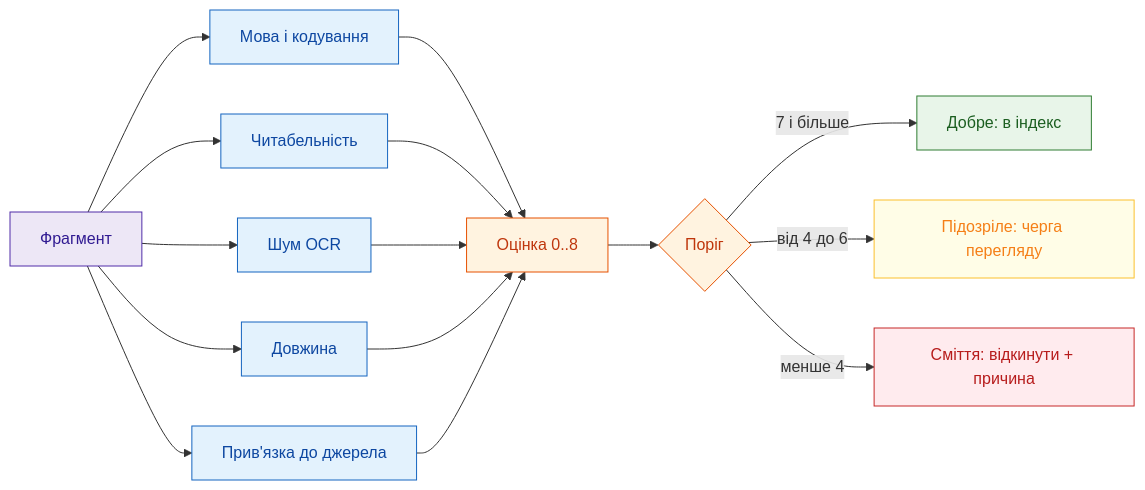
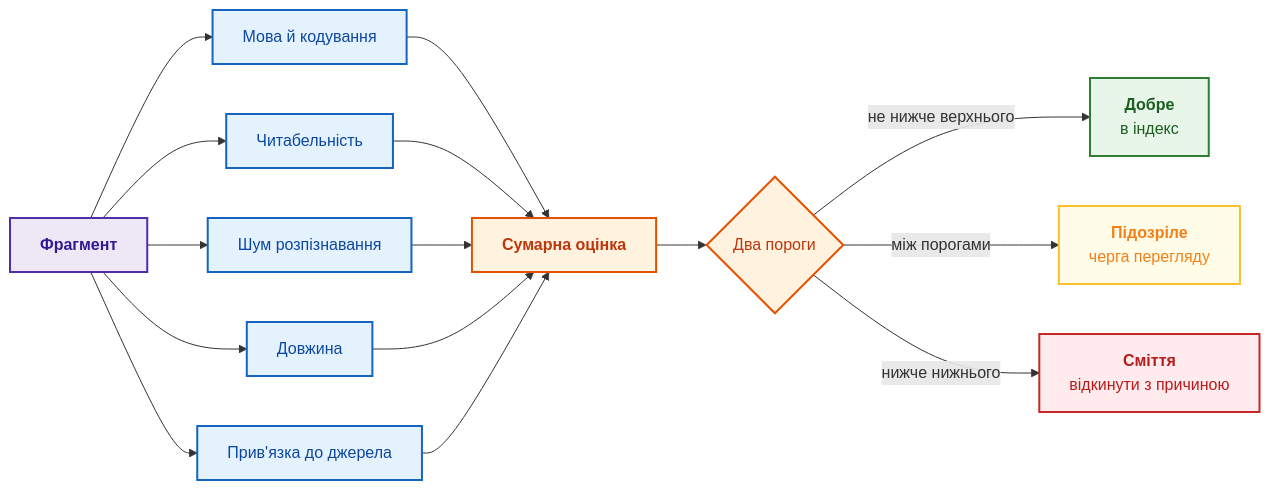
One commit to nick-fedchik/articles changed the sixth of 9 diagrams in ExpertSystem/ch08-engineering-artifacts-as-data.md. Above: the diagram before and after it, drawn with Mermaid. The commit also changed other lines of this file, not shown here.

````diff
--- a/ExpertSystem/ch08-engineering-artifacts-as-data.md
+++ b/ExpertSystem/ch08-engineering-artifacts-as-data.md
@@ -390,34 +382,34 @@
 ```mermaid
 graph LR
-    accTitle: Тріаж якості фрагментів перед індексацією
-    accDescr: Багатокритеріальна оцінка фрагмента за мовою, читабельністю, шумом, довжиною та джерелом із розподілом на 3 кошики.
+    accTitle: Первинне сортування фрагментів перед індексацією
+    accDescr: Фрагмент оцінюють за мовою й кодуванням, читабельністю, шумом розпізнавання, довжиною й прив'язкою до джерела, а за сумарною оцінкою розподіляють у три кошики.
 
-    F["Фрагмент"] --> L["Мова і кодування"]
+    F["<b>Фрагмент</b>"] --> L["Мова й кодування"]
     F --> R["Читабельність"]
-    F --> N["Шум OCR"]
+    F --> N["Шум розпізнавання"]
     F --> Ln["Довжина"]
     F --> Sr["Прив'язка до джерела"]
-    L --> SC["Оцінка 0..8"]
+    L --> SC["<b>Сумарна оцінка</b>"]
     R --> SC
     N --> SC
     Ln --> SC
     Sr --> SC
-    SC --> G{"Поріг"}
-    G -->|"7 і більше"| Good["Добре: в індекс"]
-    G -->|"від 4 до 6"| Susp["Підозріле: черга перегляду"]
-    G -->|"менше 4"| Trash["Сміття: відкинути + причина"]
+    SC --> G{"Два пороги"}
+    G -->|"не нижче верхнього"| Good["<b>Добре</b><br/>в індекс"]
+    G -->|"між порогами"| Susp["<b>Підозріле</b><br/>черга перегляду"]
+    G -->|"нижче нижнього"| Trash["<b>Сміття</b><br/>відкинути з причиною"]
 
-    classDef frag fill:#ede7f6,stroke:#512da8,color:#311b92;
-    classDef signal fill:#e3f2fd,stroke:#1565c0,color:#0d47a1;
-    classDef score fill:#fff3e0,stroke:#e65100,color:#bf360c;
-    classDef good fill:#e8f5e9,stroke:#2e7d32,color:#1b5e20;
-    classDef susp fill:#fffde7,stroke:#fbc02d,color:#f57f17;
-    classDef trash fill:#ffebee,stroke:#c62828,color:#b71c1c;
+    classDef frag fill:#ede7f6,stroke:#512da8,stroke-width:2px,color:#311b92;
+    classDef signal fill:#e3f2fd,stroke:#1565c0,stroke-width:2px,color:#0d47a1;
+    classDef score fill:#fff3e0,stroke:#e65100,stroke-width:2px,color:#bf360c;
+    classDef good fill:#e8f5e9,stroke:#2e7d32,stroke-width:2px,color:#1b5e20;
+    classDef susp fill:#fffde7,stroke:#fbc02d,stroke-width:2px,color:#f57f17;
+    classDef trash fill:#ffebee,stroke:#c62828,stroke-width:2px,color:#b71c1c;
 
     class F frag;
     class L,R,N,Ln,Sr signal;
     class SC,G score;
     class Good good;
     class Susp susp;
     class Trash trash;
 ```
````
